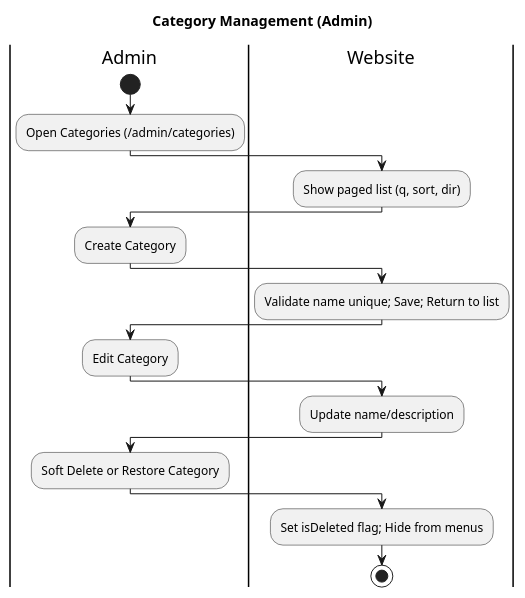
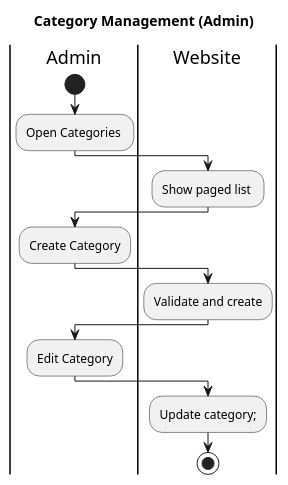
One commit to HieuNguyen610/SWP391_KienLTT_PizzaShop_FU changed the diagram in pizzashop/src/main/resources/static/uml/mainflow/CategoryManagement.puml. Above: the diagram before and after it, drawn with PlantUML. The commit also changed 3 other files, not shown here.

```diff
--- a/pizzashop/src/main/resources/static/uml/mainflow/CategoryManagement.puml
+++ b/pizzashop/src/main/resources/static/uml/mainflow/CategoryManagement.puml
@@ -1,25 +1,21 @@
 @startuml
 ' Category Management (Simplified) — based on /admin/categories flows
 
 title Category Management (Admin)
 
 |Admin|
 start
-:Open Categories (/admin/categories);
+:Open Categories ;
 |Website|
-:Show paged list (q, sort, dir);
+:Show paged list ;
 |Admin|
 :Create Category;
 |Website|
-:Validate name unique; Save; Return to list;
+:Validate and create;
 |Admin|
 :Edit Category;
 |Website|
-:Update name/description;
-|Admin|
-:Soft Delete or Restore Category;
-|Website|
-:Set isDeleted flag; Hide from menus;
+:Update category;;
 stop
 
 @enduml
```
